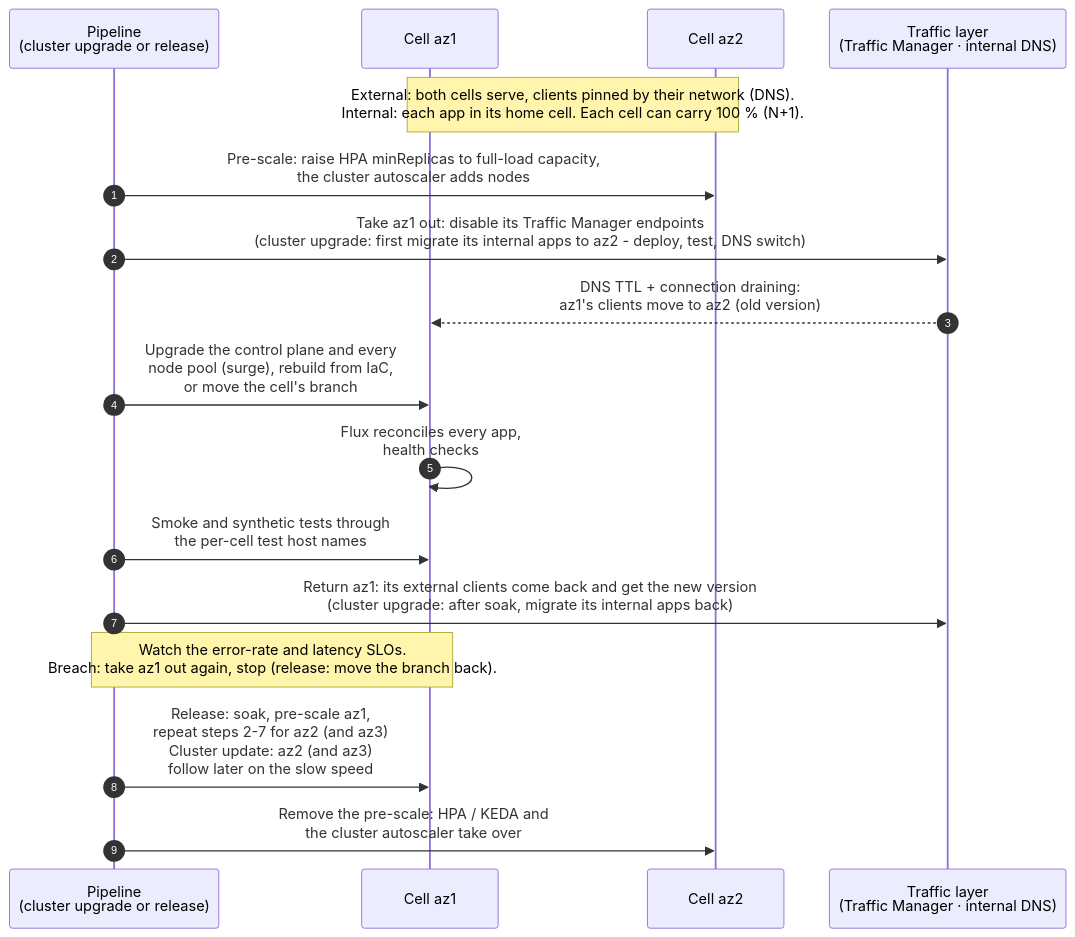
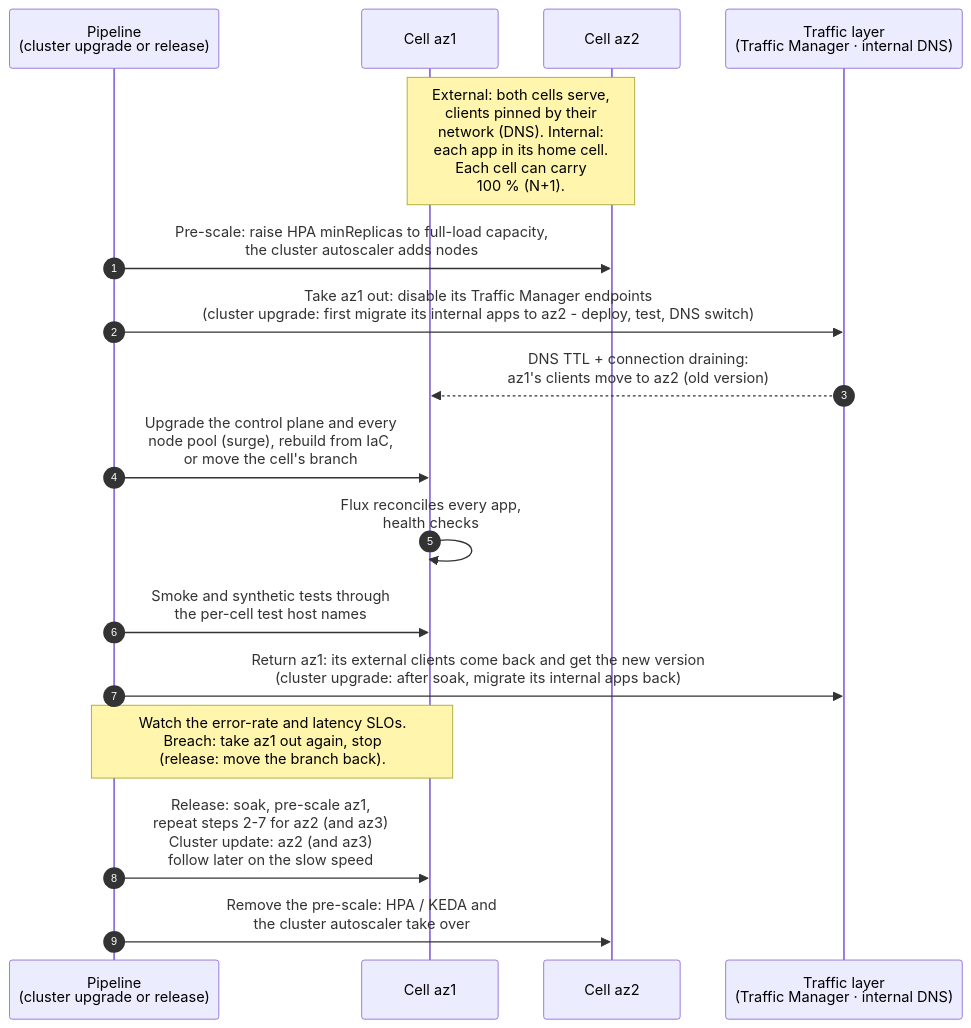
The diagram in diagrams/3.5-stateless-upgrade.mmd (onek8s/onek8s.github.io), drawn with Mermaid before and after one commit. The commit also changed 27 other files, not shown here.

```diff
--- a/diagrams/3.5-stateless-upgrade.mmd
+++ b/diagrams/3.5-stateless-upgrade.mmd
@@ -1,19 +1,19 @@
 %% Zero-downtime change of the cells (stateless clusters): one cell at a time is drained from the traffic layer,
 %% changed (cluster upgrade, rebuild or application release), verified and put back. Same pipeline in dev, acc, prd.
 sequenceDiagram
     autonumber
     participant P as Pipeline<br/>(cluster upgrade or release)
     participant A as Cell az1
     participant B as Cell az2
     participant T as Traffic layer<br/>(Traffic Manager · internal DNS)
-    Note over A,B: External: both cells serve, clients pinned by their network (DNS).<br/>Internal: each app in its home cell. Each cell can carry 100 % (N+1).
+    Note over A,B: External: both cells serve,<br/>clients pinned by their<br/>network (DNS). Internal:<br/>each app in its home cell.<br/>Each cell can carry<br/>100 % (N+1).
     P->>B: Pre-scale: raise HPA minReplicas to full-load capacity,<br/>the cluster autoscaler adds nodes
     P->>T: Take az1 out: disable its Traffic Manager endpoints<br/>(cluster upgrade: first migrate its internal apps to az2 - deploy, test, DNS switch)
     T-->>A: DNS TTL + connection draining:<br/>az1's clients move to az2 (old version)
     P->>A: Upgrade the control plane and every<br/>node pool (surge), rebuild from IaC,<br/>or move the cell's branch
     A->>A: Flux reconciles every app,<br/>health checks
     P->>A: Smoke and synthetic tests through<br/>the per-cell test host names
     P->>T: Return az1: its external clients come back and get the new version<br/>(cluster upgrade: after soak, migrate its internal apps back)
-    Note over P,A: Watch the error-rate and latency SLOs.<br/>Breach: take az1 out again, stop (release: move the branch back).
+    Note over P,A: Watch the error-rate and latency SLOs.<br/>Breach: take az1 out again, stop<br/>(release: move the branch back).
     P->>A: Release: soak, pre-scale az1,<br/>repeat steps 2-7 for az2 (and az3)<br/>Cluster update: az2 (and az3)<br/>follow later on the slow speed
     P->>B: Remove the pre-scale: HPA / KEDA and<br/>the cluster autoscaler take over
```
